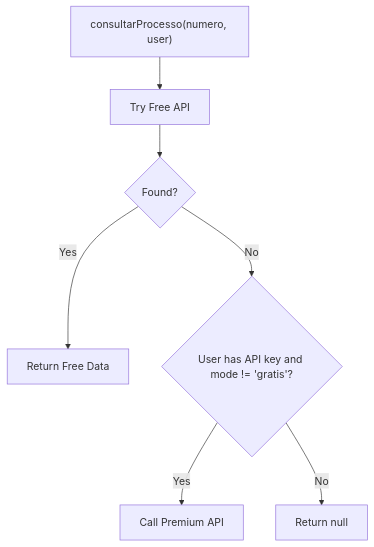
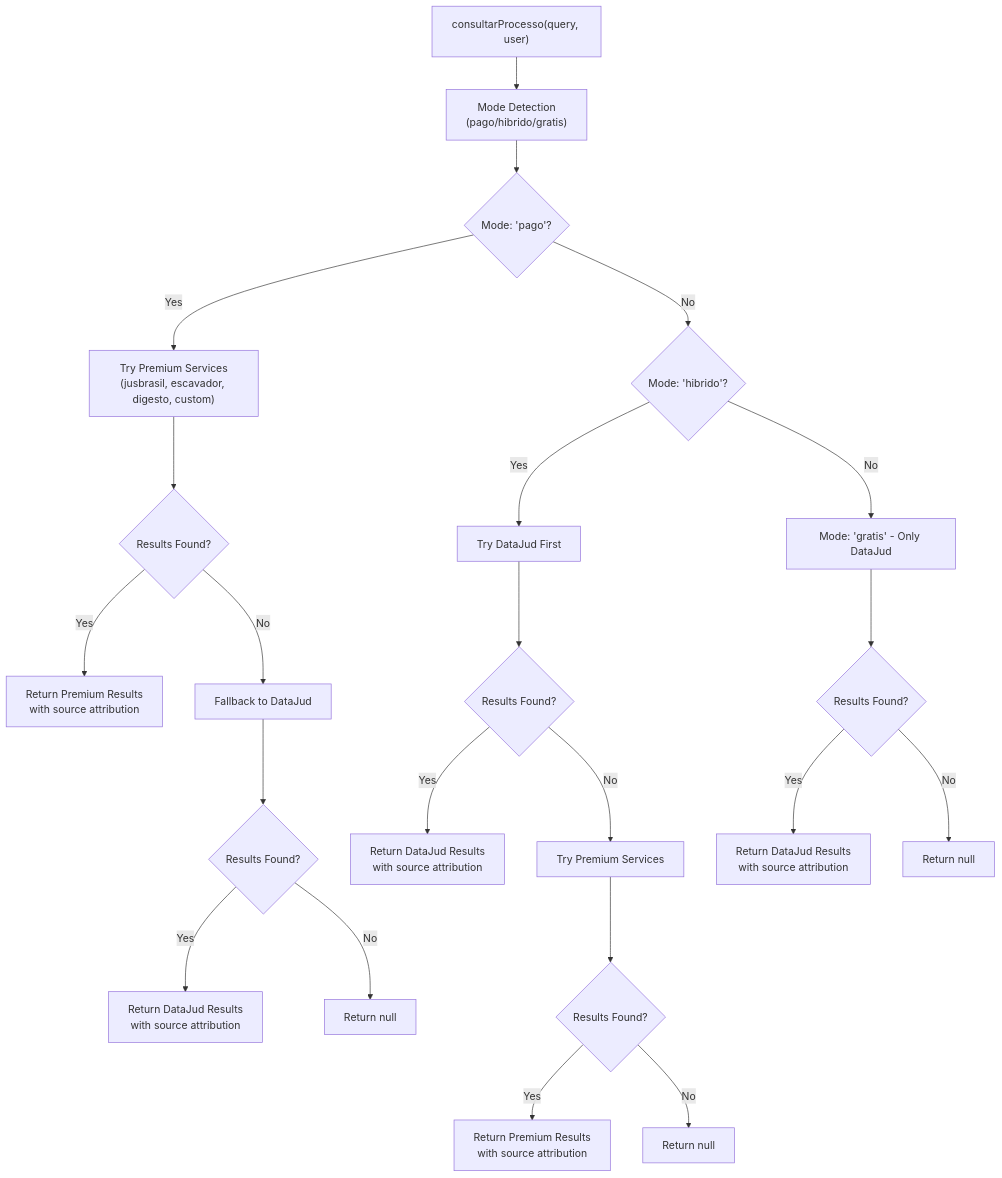
Before and after one commit to Alexandrexicara/bot-processos: the fifth of 7 diagrams in .qoder/repowiki/en/content/Background Worker System.md, drawn with Mermaid. The commit also changed other lines of this file and 10 other files, not shown here.

````diff
--- a/.qoder/repowiki/en/content/Background Worker System.md
+++ b/.qoder/repowiki/en/content/Background Worker System.md
@@ -199,9 +238,24 @@
 ```mermaid
 flowchart TD
-A["consultarProcesso(numero, user)"] --> B["Try Free API"]
-B --> Found{"Found?"}
-Found --> |Yes| ReturnFree["Return Free Data"]
-Found --> |No| CheckPaid{"User has API key and mode != 'gratis'?"}
-CheckPaid --> |Yes| ReturnPaid["Call Premium API"]
-CheckPaid --> |No| ReturnNull["Return null"]
+A["consultarProcesso(query, user)"] --> B["Mode Detection<br/>(pago/hibrido/gratis)"]
+B --> C{"Mode: 'pago'?"}
+C --> |Yes| D["Try Premium Services<br/>(jusbrasil, escavador, digesto, custom)"]
+D --> E{"Results Found?"}
+E --> |Yes| F["Return Premium Results<br/>with source attribution"]
+E --> |No| G["Fallback to DataJud"]
+G --> H{"Results Found?"}
+H --> |Yes| I["Return DataJud Results<br/>with source attribution"]
+H --> |No| J["Return null"]
+C --> |No| K{"Mode: 'hibrido'?"}
+K --> |Yes| L["Try DataJud First"]
+L --> M{"Results Found?"}
+M --> |Yes| N["Return DataJud Results<br/>with source attribution"]
+M --> |No| O["Try Premium Services"]
+O --> P{"Results Found?"}
+P --> |Yes| Q["Return Premium Results<br/>with source attribution"]
+P --> |No| R["Return null"]
+K --> |No| S["Mode: 'gratis' - Only DataJud"]
+S --> T{"Results Found?"}
+T --> |Yes| U["Return DataJud Results<br/>with source attribution"]
+T --> |No| V["Return null"]
 ```
````
